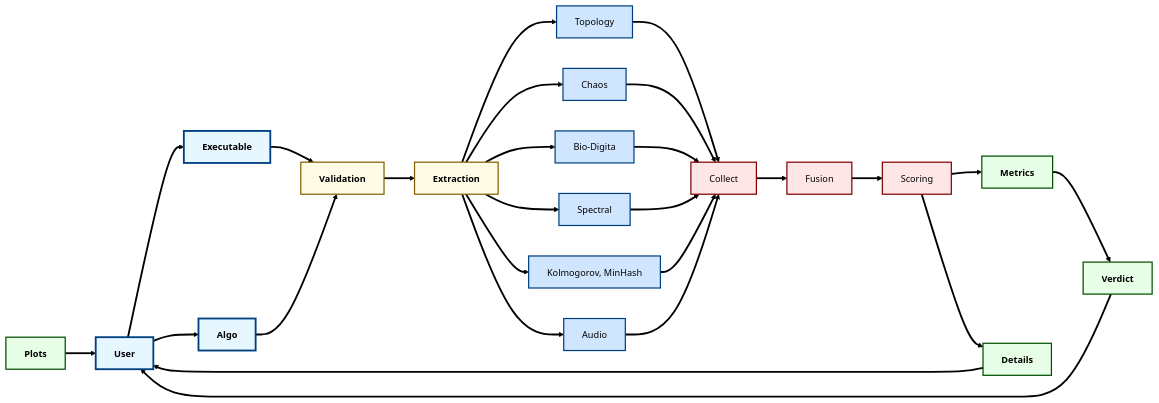
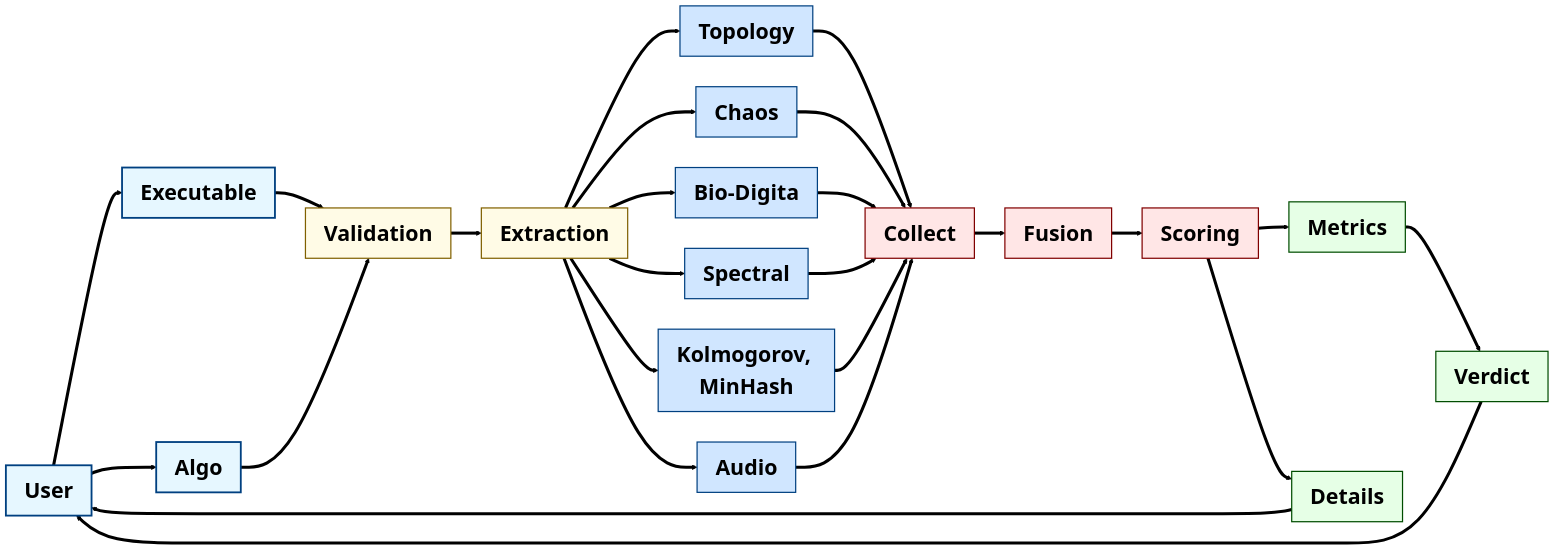
The diagram in README.md (la-b-ib/OUROBOROS), drawn with Mermaid before and after one commit.

Commit message:
Update architecture diagram styling and connections

````diff
--- a/README.md
+++ b/README.md
@@ -103,68 +103,57 @@
 ```mermaid
 flowchart LR
-    %% Layout spacing
-    %% These must be declared at the top
-    %% nodeSpacing controls horizontal spacing
-    %% rankSpacing controls vertical spacing
-    %% GitHub supports them here
-    %% nodeSpacing 100
-    %% rankSpacing 100
-
     %% User Interaction Layer
     USER["User"]
     UPLOAD["Executable"]
     SELECT["Algo"]
 
     %% Core Processing
     VALIDATE["Validation"]
     EXTRACT["Extraction"]
 
     %% Classical Analysis
     TOPO["Topology"]
     CHAOS["Chaos"]
     BIO["Bio-Digita"]
     SPECTRAL["Spectral"]
     SYMBOLIC["Kolmogorov, MinHash"]
     AUDIO["Audio"]
 
     %% Threat Assessment
     COLLECT["Collect"]
     FUSION["Fusion"]
     SCORE["Scoring"]
 
     %% Results
     METRICS["Metrics"]
     VERDICT["Verdict"]
     DETAILS["Details"]
-    PLOTS["Plots"]
 
     %% Flow Connections
     USER ==> UPLOAD ==> VALIDATE ==> EXTRACT
     USER ==> SELECT ==> VALIDATE
     EXTRACT ==> TOPO & CHAOS & BIO & SPECTRAL & SYMBOLIC & AUDIO
     TOPO & CHAOS & BIO & SPECTRAL & SYMBOLIC & AUDIO ==> COLLECT
     COLLECT ==> FUSION ==> SCORE
     SCORE ==> METRICS ==> VERDICT ==> USER
     SCORE ==> DETAILS ==> USER
-    PLOTS ==> USER
 
-    %% Styling Classes with unified font size
-    classDef user fill:#e6f7ff,stroke:#004080,stroke-width:3px,color:#000,font-weight:bold,font-size:15px
-    classDef process fill:#fffbe6,stroke:#806000,stroke-width:2px,color:#000,font-weight:bold,font-size:15px
-    classDef classical fill:#d0e6ff,stroke:#004080,stroke-width:2px,color:#000,font-size:15px
-    classDef assessment fill:#ffe6e6,stroke:#800000,stroke-width:2px,color:#000,font-size:15px
-    classDef results fill:#e6ffe6,stroke:#004d00,stroke-width:2px,color:#000,font-weight:bold,font-size:15px
+    %% Styling Classes with unified bold 25px text
+    classDef user fill:#e6f7ff,stroke:#004080,stroke-width:3px,color:#000,font-weight:bold,font-size:35px
+    classDef process fill:#fffbe6,stroke:#806000,stroke-width:2px,color:#000,font-weight:bold,font-size:35px
+    classDef classical fill:#d0e6ff,stroke:#004080,stroke-width:2px,color:#000,font-weight:bold,font-size:35px
+    classDef assessment fill:#ffe6e6,stroke:#800000,stroke-width:2px,color:#000,font-weight:bold,font-size:35px
+    classDef results fill:#e6ffe6,stroke:#004d00,stroke-width:2px,color:#000,font-weight:bold,font-size:35px
 
     %% Assign Classes
     class USER,UPLOAD,SELECT user
     class VALIDATE,EXTRACT process
     class TOPO,CHAOS,BIO,SPECTRAL,SYMBOLIC,AUDIO classical
     class COLLECT,FUSION,SCORE assessment
-    class METRICS,VERDICT,DETAILS,PLOTS results
+    class METRICS,VERDICT,DETAILS results
 
     %% Bold connecting lines
-    linkStyle default stroke:#000,stroke-width:3px
-
+    linkStyle default stroke:#000,stroke-width:5px
 
 
 ```
````
